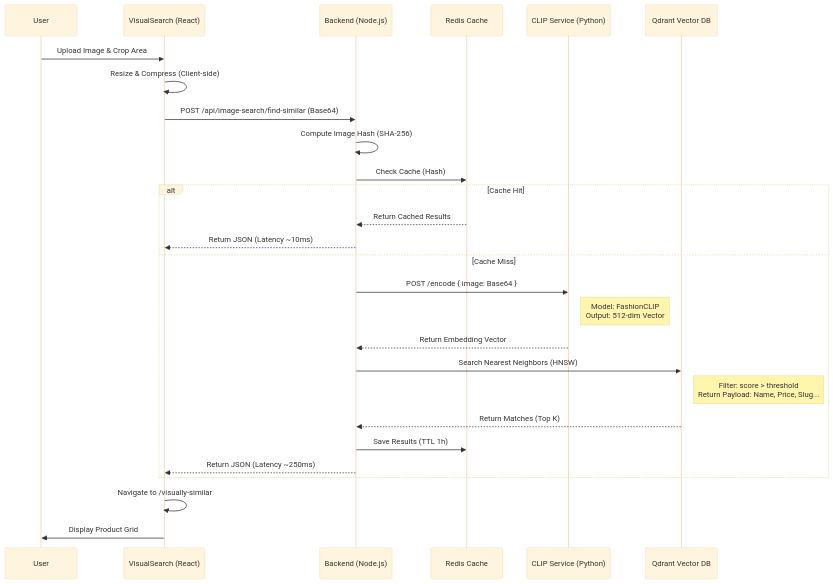
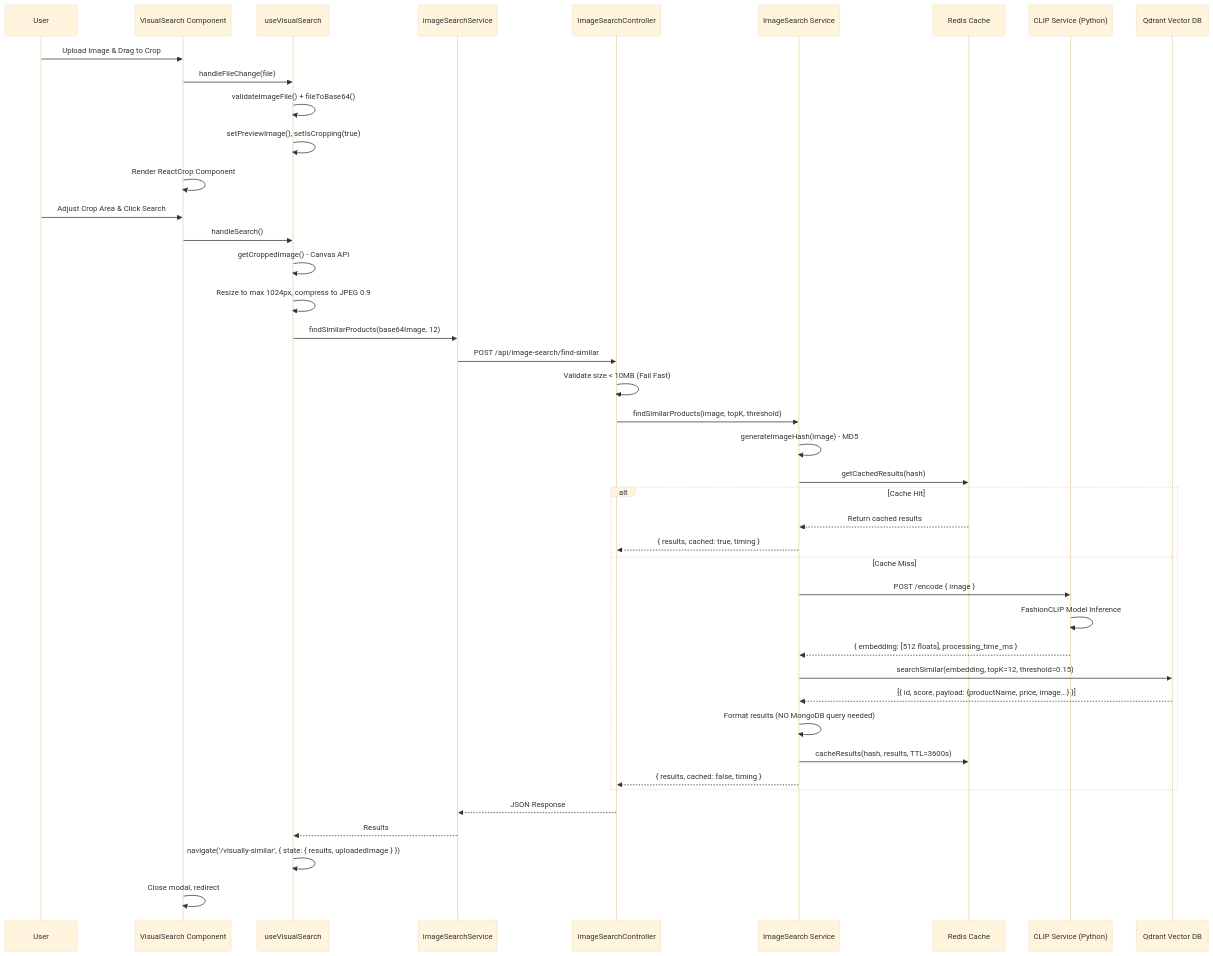
One commit to nguyen-le-huy/devenir changed the diagram in .agent/workflow/VisualSearch/VisualSearch.docs.md. Above: the diagram before and after it, drawn with Mermaid (base theme). The commit also changed other lines of this file, not shown here.

Commit message:
edit visual search docs

````diff
--- a/.agent/workflow/VisualSearch/VisualSearch.docs.md
+++ b/.agent/workflow/VisualSearch/VisualSearch.docs.md
@@ -24,35 +34,52 @@
 ```mermaid
 sequenceDiagram
-    participant User
-    participant Frontend as VisualSearch (React)
-    participant API as Backend (Node.js)
+    participant U as User
+    participant FE as VisualSearch Component
+    participant Hook as useVisualSearch
+    participant API as imageSearchService
+    participant BE as ImageSearchController
+    participant Svc as ImageSearch Service
     participant Redis as Redis Cache
     participant CLIP as CLIP Service (Python)
     participant Qdrant as Qdrant Vector DB
 
-    User->>Frontend: Upload Image & Crop Area
-    Frontend->>Frontend: Resize & Compress (Client-side)
-    Frontend->>API: POST /api/image-search/find-similar (Base64)
+    U->>FE: Upload Image & Drag to Crop
+    FE->>Hook: handleFileChange(file)
+    Hook->>Hook: validateImageFile() + fileToBase64()
+    Hook->>Hook: setPreviewImage(), setIsCropping(true)
+    FE->>FE: Render ReactCrop Component
     
-    API->>API: Compute Image Hash (SHA-256)
-    API->>Redis: Check Cache (Hash)
+    U->>FE: Adjust Crop Area & Click Search
+    FE->>Hook: handleSearch()
+    Hook->>Hook: getCroppedImage() - Canvas API
+    Hook->>Hook: Resize to max 1024px, compress to JPEG 0.9
+    Hook->>API: findSimilarProducts(base64Image, 12)
+    API->>BE: POST /api/image-search/find-similar
+    
+    BE->>BE: Validate size < 10MB (Fail Fast)
+    BE->>Svc: findSimilarProducts(image, topK, threshold)
+    
+    Svc->>Svc: generateImageHash(image) - MD5
+    Svc->>Redis: getCachedResults(hash)
     
     alt Cache Hit
-        Redis-->>API: Return Cached Results
-        API-->>Frontend: Return JSON (Latency ~10ms)
+        Redis-->>Svc: Return cached results
+        Svc-->>BE: { results, cached: true, timing }
     else Cache Miss
-        API->>CLIP: POST /encode { image: Base64 }
-        Note right of CLIP: Model: FashionCLIP<br/>Output: 512-dim Vector
-        CLIP-->>API: Return Embedding Vector
+        Svc->>CLIP: POST /encode { image }
+        CLIP->>CLIP: FashionCLIP Model Inference
+        CLIP-->>Svc: { embedding: [512 floats], processing_time_ms }
         
-        API->>Qdrant: Search Nearest Neighbors (HNSW)
-        Note right of Qdrant: Filter: score > threshold<br/>Return Payload: Name, Price, Slug...
-        Qdrant-->>API: Return Matches (Top K)
+        Svc->>Qdrant: searchSimilar(embedding, topK=12, threshold=0.15)
+        Qdrant-->>Svc: [{ id, score, payload: {productName, price, image...} }]
         
-        API->>Redis: Save Results (TTL 1h)
-        API-->>Frontend: Return JSON (Latency ~250ms)
+        Svc->>Svc: Format results (NO MongoDB query needed)
+        Svc->>Redis: cacheResults(hash, results, TTL=3600s)
+        Svc-->>BE: { results, cached: false, timing }
     end
     
-    Frontend->>Frontend: Navigate to /visually-similar
-    Frontend->>User: Display Product Grid
+    BE-->>API: JSON Response
+    API-->>Hook: Results
+    Hook->>Hook: navigate('/visually-similar', { state: { results, uploadedImage } })
+    FE->>FE: Close modal, redirect
 ```
````
